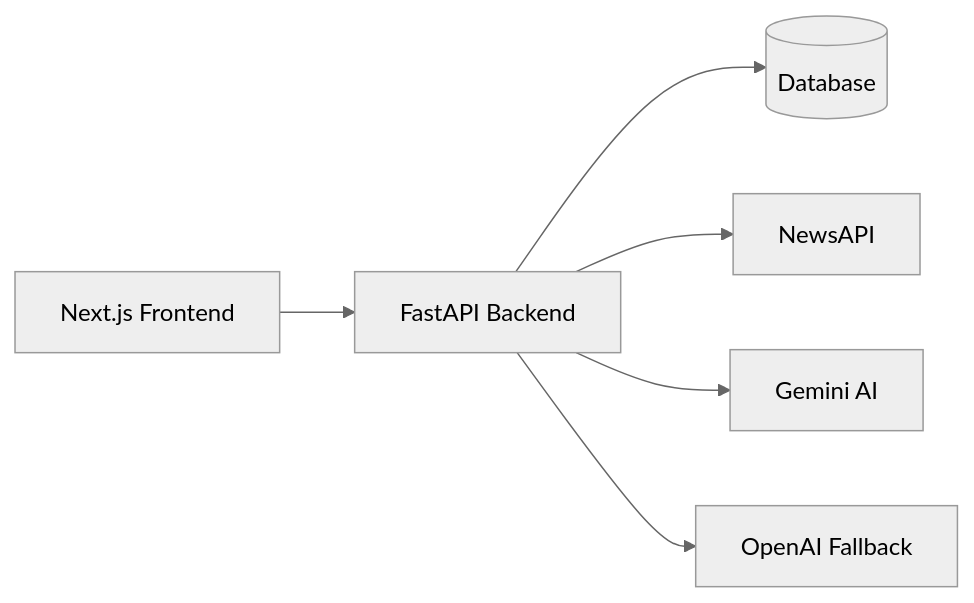
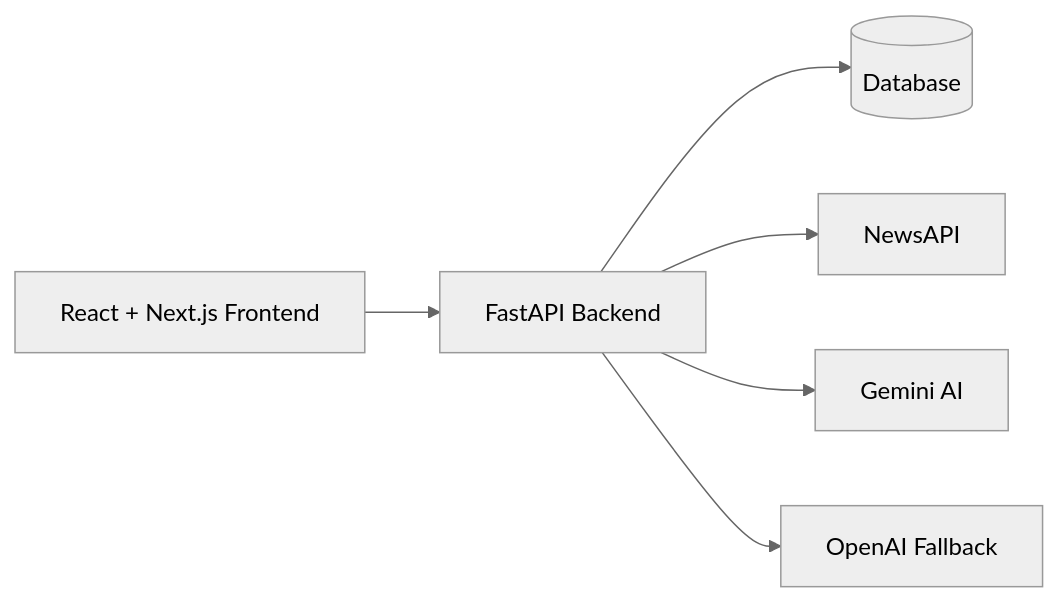
One commit to Divyanshu2529/MarketFlow changed the diagram in README.md. Above: the diagram before and after it, drawn with Mermaid (neutral theme). The commit also changed other lines of this file, not shown here.

````diff
--- a/README.md
+++ b/README.md
@@ -50,8 +51,8 @@
 ```mermaid
 flowchart LR
-    A[Next.js Frontend] --> B[FastAPI Backend]
+    A[React + Next.js Frontend] --> B[FastAPI Backend]
     B --> C[(Database)]
     B --> D[NewsAPI]
     B --> E[Gemini AI]
     B --> F[OpenAI Fallback]
 ```
````
